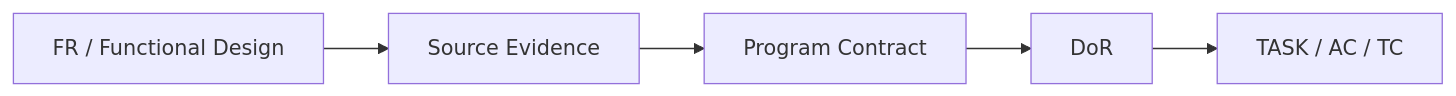
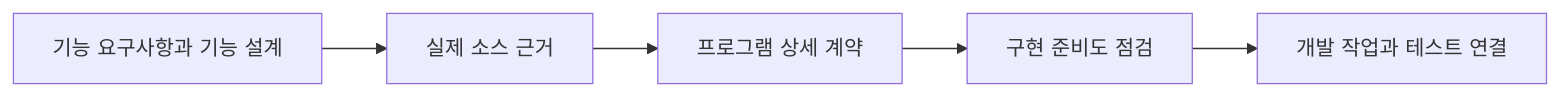
The diagram in sdlc/templates/core/program-spec.md (Seunghyun0606/SDLC_DDD_SDD), drawn with Mermaid before and after one commit. The commit also changed other lines of this file, not shown here.

Commit message:
docs: localize detailed program specification

````diff
--- a/sdlc/templates/core/program-spec.md
+++ b/sdlc/templates/core/program-spec.md
@@ -25,4 +26,4 @@
 ```mermaid
 flowchart LR
-    F["FR / Functional Design"] --> E["Source Evidence"] --> P["Program Contract"] --> D["DoR"] --> T["TASK / AC / TC"]
+    F["기능 요구사항과 기능 설계"] --> E["실제 소스 근거"] --> P["프로그램 상세 계약"] --> D["구현 준비도 점검"] --> T["개발 작업과 테스트 연결"]
 ```
````
